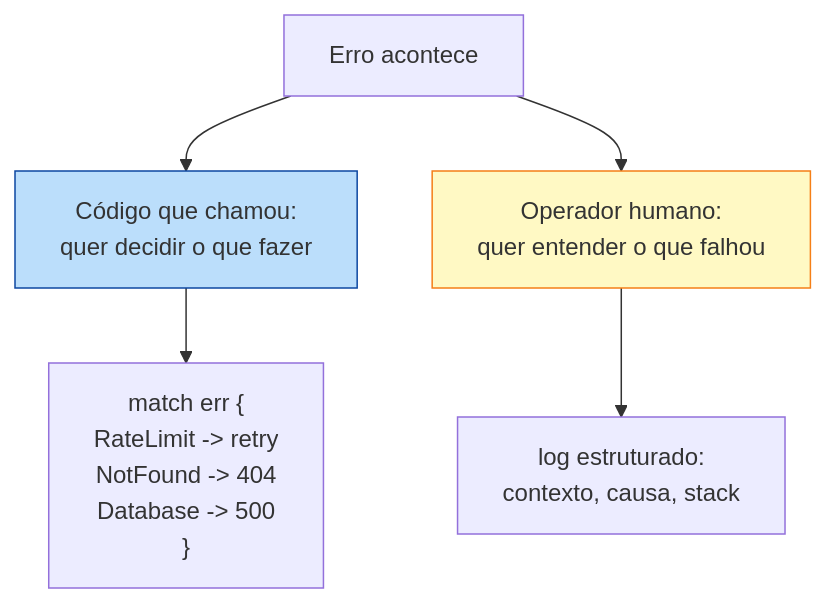
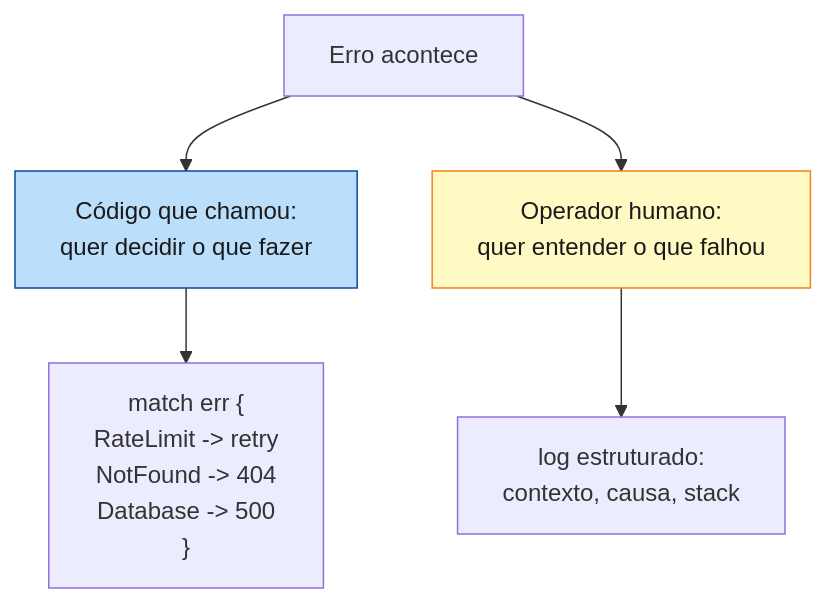
One commit to Felipeness/ferro-e-espirito changed the first of 3 diagrams in book/part-15-patterns-and-idioms/ch43-error-handling-avancado.md. Above: the diagram before and after it, drawn with Mermaid. The commit also changed other lines of this file and 56 other files, not shown here.

First line of the commit message:
fix: contraste de texto em diagramas mermaid

````diff
--- a/book/part-15-patterns-and-idioms/ch43-error-handling-avancado.md
+++ b/book/part-15-patterns-and-idioms/ch43-error-handling-avancado.md
@@ -16,12 +16,12 @@
 ```mermaid
 graph TB
     Erro[Erro acontece]
     Erro --> Code[Código que chamou:<br/>quer decidir o que fazer]
     Erro --> Human[Operador humano:<br/>quer entender o que falhou]
 
     Code --> Match["match err {<br/>RateLimit -> retry<br/>NotFound -> 404<br/>Database -> 500<br/>}"]
     Human --> Log["log estruturado:<br/>contexto, causa, stack"]
 
-    style Code fill:#bbdefb,stroke:#0d47a1
-    style Human fill:#fff9c4,stroke:#f57f17
+    style Code fill:#bbdefb,stroke:#0d47a1,color:#1a1a1a
+    style Human fill:#fff9c4,stroke:#f57f17,color:#1a1a1a
 ```
````
